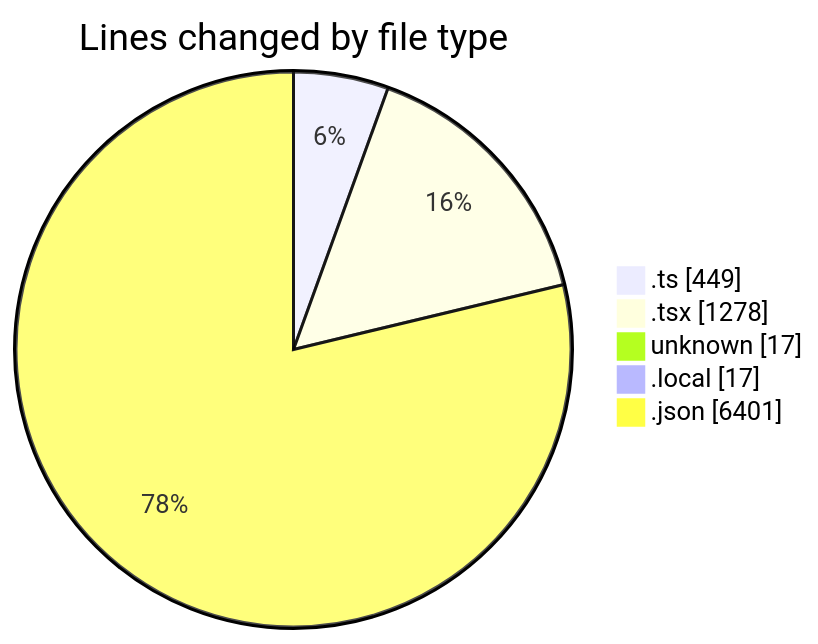
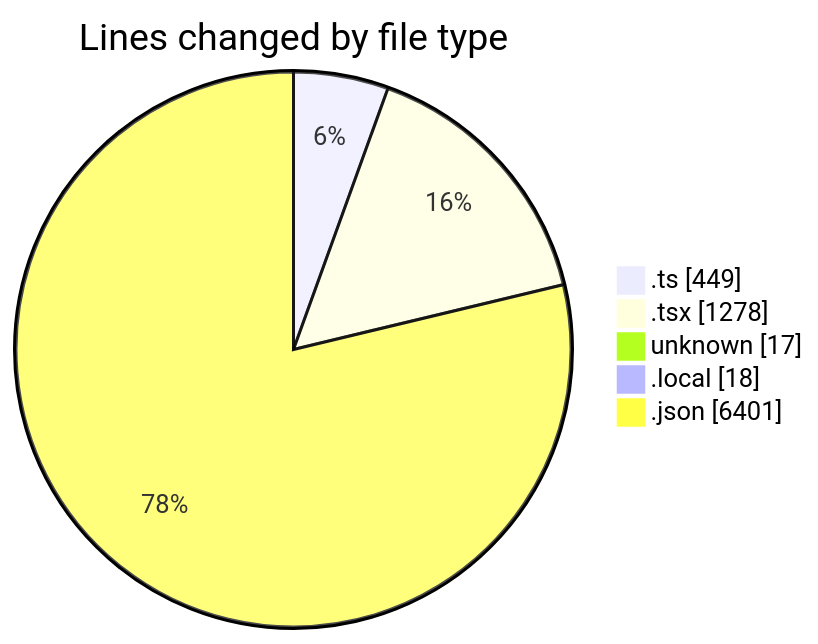
Before and after one commit to CELIANVF/code-tracking: the first of 2 diagrams in 2025-05-16/ecodeli-1/README.md, drawn with Mermaid. The commit also changed other lines of this file and 1 other file, not shown here.

````diff
--- a/2025-05-16/ecodeli-1/README.md
+++ b/2025-05-16/ecodeli-1/README.md
@@ -35,9 +35,9 @@
 ```mermaid
 pie showData
 title Lines changed by file type
 ".ts" : 449
 ".tsx" : 1278
 "unknown" : 17
-".local" : 17
+".local" : 18
 ".json" : 6401
 ```
````
